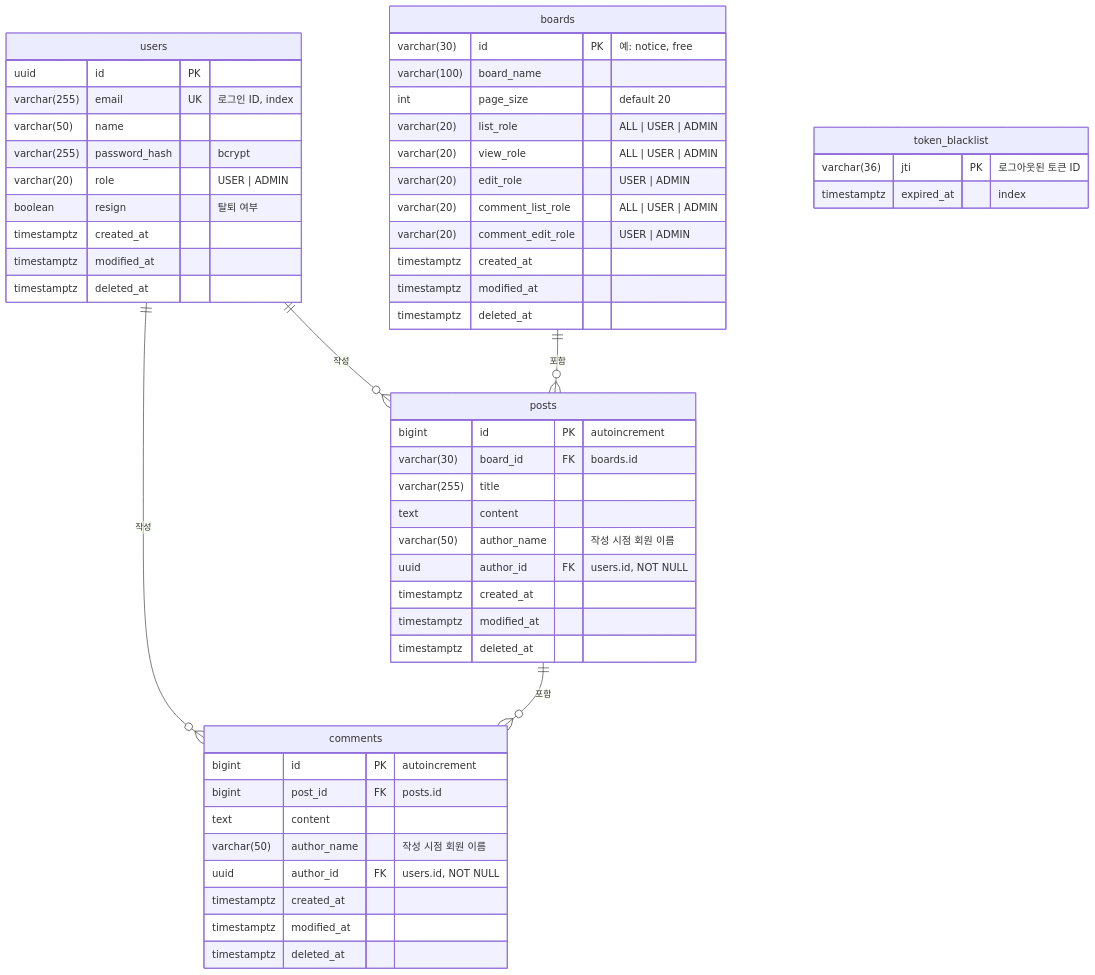
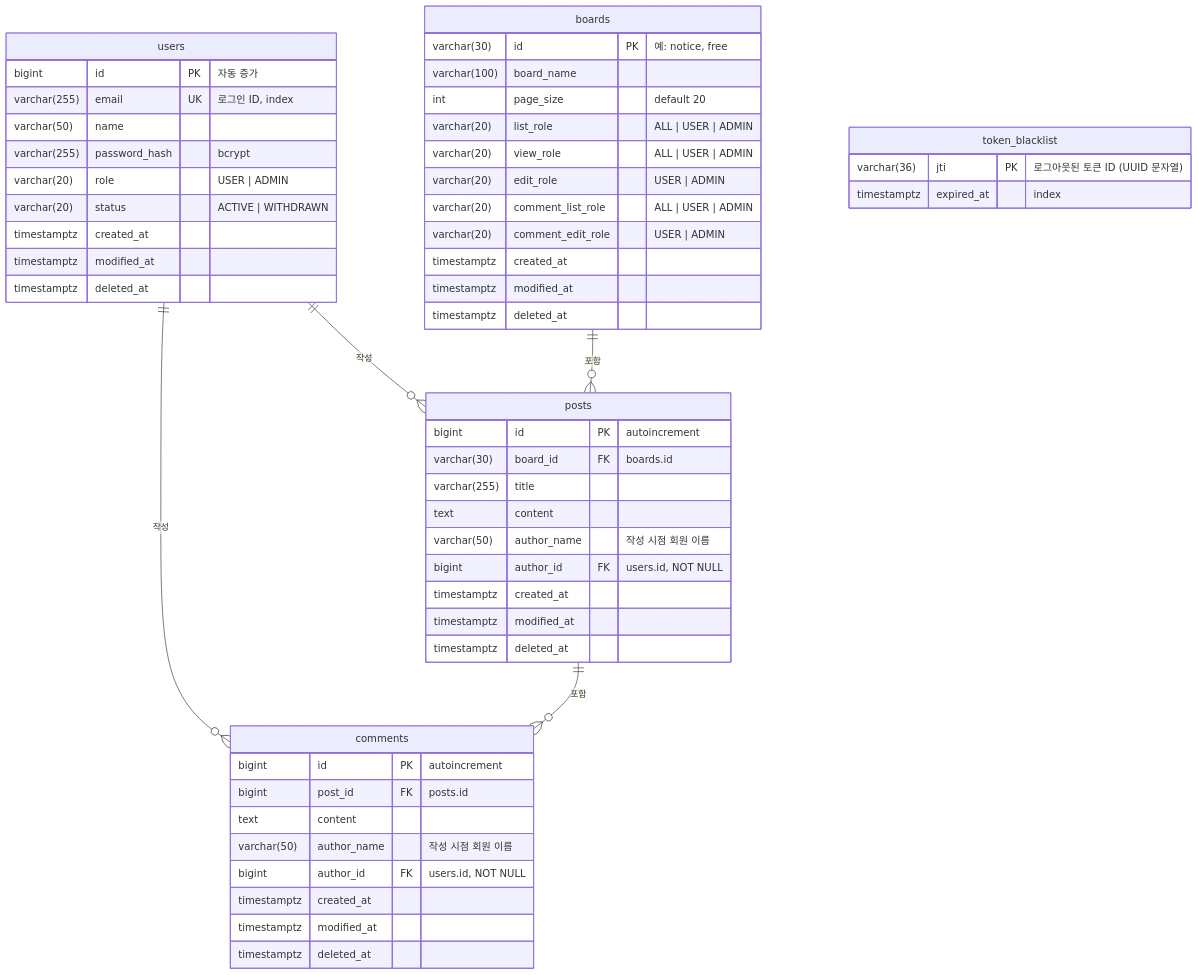
Before and after one commit to tuski0/KANT_Board_API: the diagram in docs/ERD.md, drawn with Mermaid. The commit also changed other lines of this file and 16 other files, not shown here.

````diff
--- a/docs/ERD.md
+++ b/docs/ERD.md
@@ -11,61 +13,61 @@
 ```mermaid
 erDiagram
     users ||--o{ posts : "작성"
     users ||--o{ comments : "작성"
     boards ||--o{ posts : "포함"
     posts ||--o{ comments : "포함"
 
     users {
-        uuid id PK
+        bigint id PK "자동 증가"
         varchar(255) email UK "로그인 ID, index"
         varchar(50) name
         varchar(255) password_hash "bcrypt"
         varchar(20) role "USER | ADMIN"
-        boolean resign "탈퇴 여부"
+        varchar(20) status "ACTIVE | WITHDRAWN"
         timestamptz created_at
         timestamptz modified_at
         timestamptz deleted_at
     }
 
     boards {
         varchar(30) id PK "예: notice, free"
         varchar(100) board_name
         int page_size "default 20"
         varchar(20) list_role "ALL | USER | ADMIN"
         varchar(20) view_role "ALL | USER | ADMIN"
         varchar(20) edit_role "USER | ADMIN"
         varchar(20) comment_list_role "ALL | USER | ADMIN"
         varchar(20) comment_edit_role "USER | ADMIN"
         timestamptz created_at
         timestamptz modified_at
         timestamptz deleted_at
     }
 
     posts {
         bigint id PK "autoincrement"
         varchar(30) board_id FK "boards.id"
         varchar(255) title
         text content
         varchar(50) author_name "작성 시점 회원 이름"
-        uuid author_id FK "users.id, NOT NULL"
+        bigint author_id FK "users.id, NOT NULL"
         timestamptz created_at
         timestamptz modified_at
         timestamptz deleted_at
     }
 
     comments {
         bigint id PK "autoincrement"
         bigint post_id FK "posts.id"
         text content
         varchar(50) author_name "작성 시점 회원 이름"
-        uuid author_id FK "users.id, NOT NULL"
+        bigint author_id FK "users.id, NOT NULL"
         timestamptz created_at
         timestamptz modified_at
         timestamptz deleted_at
     }
 
     token_blacklist {
-        varchar(36) jti PK "로그아웃된 토큰 ID"
+        varchar(36) jti PK "로그아웃된 토큰 ID (UUID 문자열)"
         timestamptz expired_at "index"
     }
 ```
````
